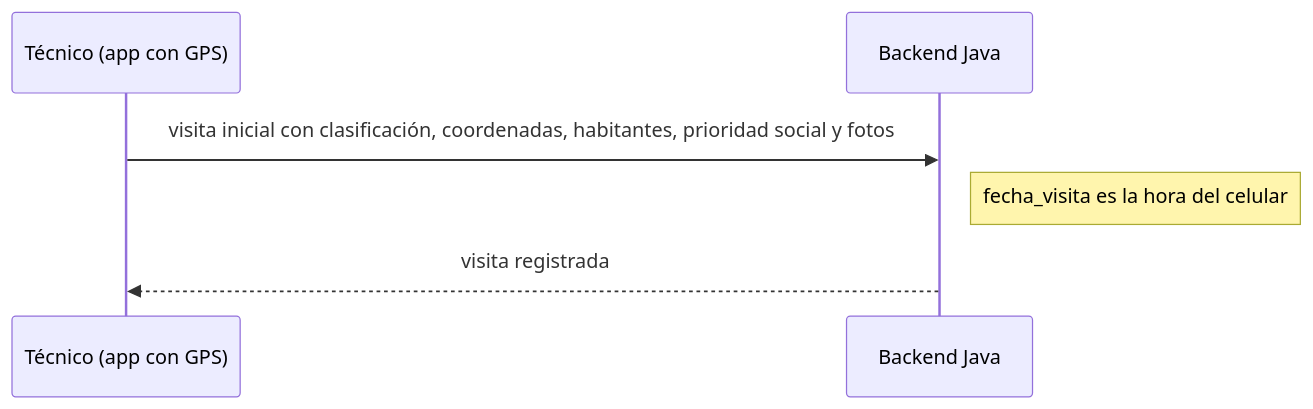
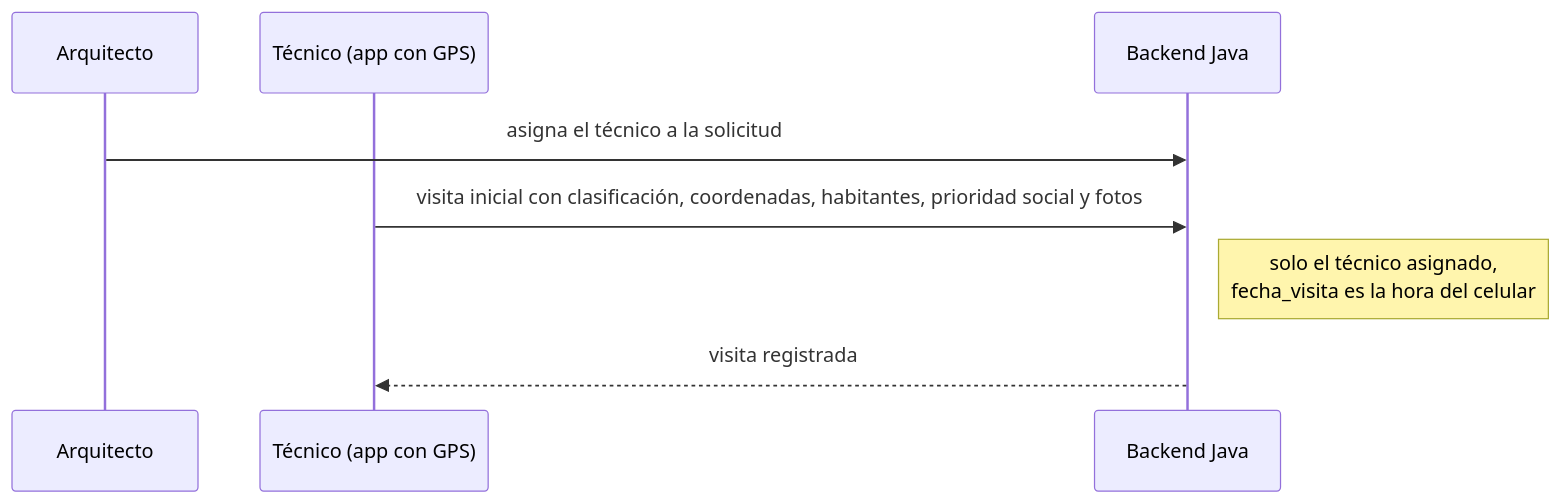
One commit to enzopazzelli/vivso-analitica changed the fifth of 10 diagrams in docs/sistema-de-desarrollo.md. Above: the diagram before and after it, drawn with Mermaid. The commit also changed other lines of this file and 6 other files, not shown here.

````diff
--- a/docs/sistema-de-desarrollo.md
+++ b/docs/sistema-de-desarrollo.md
@@ -120,8 +125,10 @@
 ```mermaid
 sequenceDiagram
+    participant A as Arquitecto
     participant T as Técnico (app con GPS)
     participant J as Backend Java
+    A->>J: asigna el técnico a la solicitud
     T->>J: visita inicial con clasificación, coordenadas, habitantes, prioridad social y fotos
-    Note right of J: fecha_visita es la hora del celular
+    Note right of J: solo el técnico asignado,<br/>fecha_visita es la hora del celular
     J-->>T: visita registrada
 ```
````
